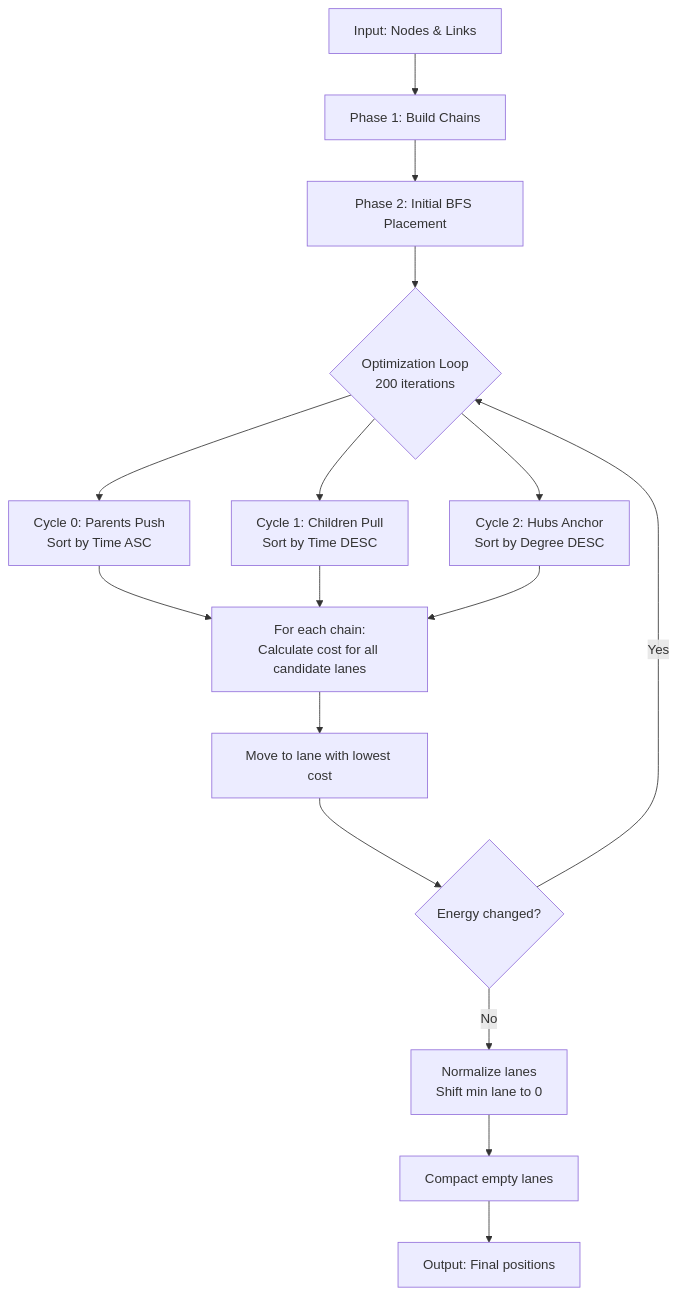
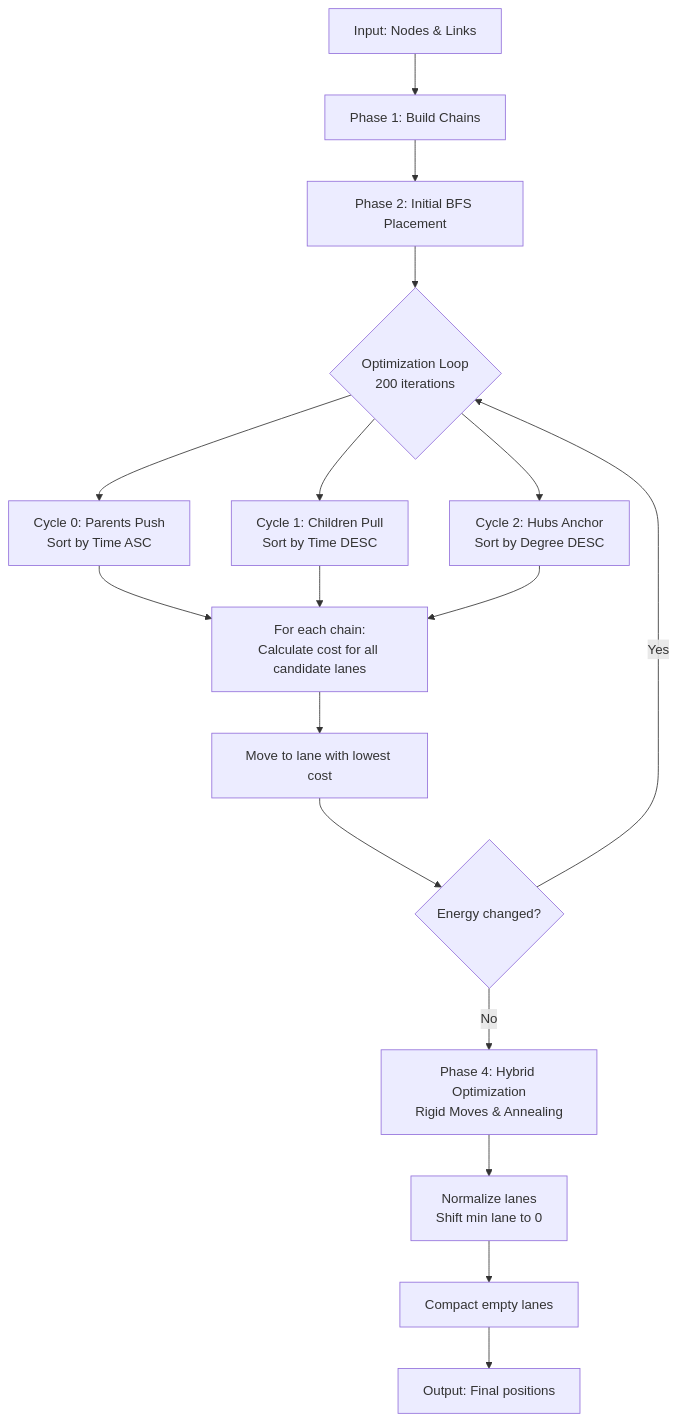
Before and after one commit to fjungplan/chainlines: the first of 2 diagrams in docs/layout_algorithm.md, drawn with Mermaid. The commit also changed other lines of this file and 3 other files, not shown here.

Commit message:
docs: update algorithm specs with hybrid optimization details

````diff
--- a/docs/layout_algorithm.md
+++ b/docs/layout_algorithm.md
@@ -228,18 +228,19 @@
 ```mermaid
 graph TD
     A[Input: Nodes & Links] --> B[Phase 1: Build Chains]
     B --> C[Phase 2: Initial BFS Placement]
     C --> D{Optimization Loop<br/>200 iterations}
     
     D --> E[Cycle 0: Parents Push<br/>Sort by Time ASC]
     D --> F[Cycle 1: Children Pull<br/>Sort by Time DESC]
     D --> G[Cycle 2: Hubs Anchor<br/>Sort by Degree DESC]
     
     E & F & G --> H[For each chain:<br/>Calculate cost for all candidate lanes]
     H --> I[Move to lane with lowest cost]
     I --> J{Energy changed?}
     J -->|Yes| D
-    J -->|No| K[Normalize lanes<br/>Shift min lane to 0]
-    K --> L[Compact empty lanes]
-    L --> M[Output: Final positions]
+    J -->|No| K[Phase 4: Hybrid Optimization<br/>Rigid Moves & Annealing]
+    K --> L[Normalize lanes<br/>Shift min lane to 0]
+    L --> M[Compact empty lanes]
+    M --> N[Output: Final positions]
 ```
````
